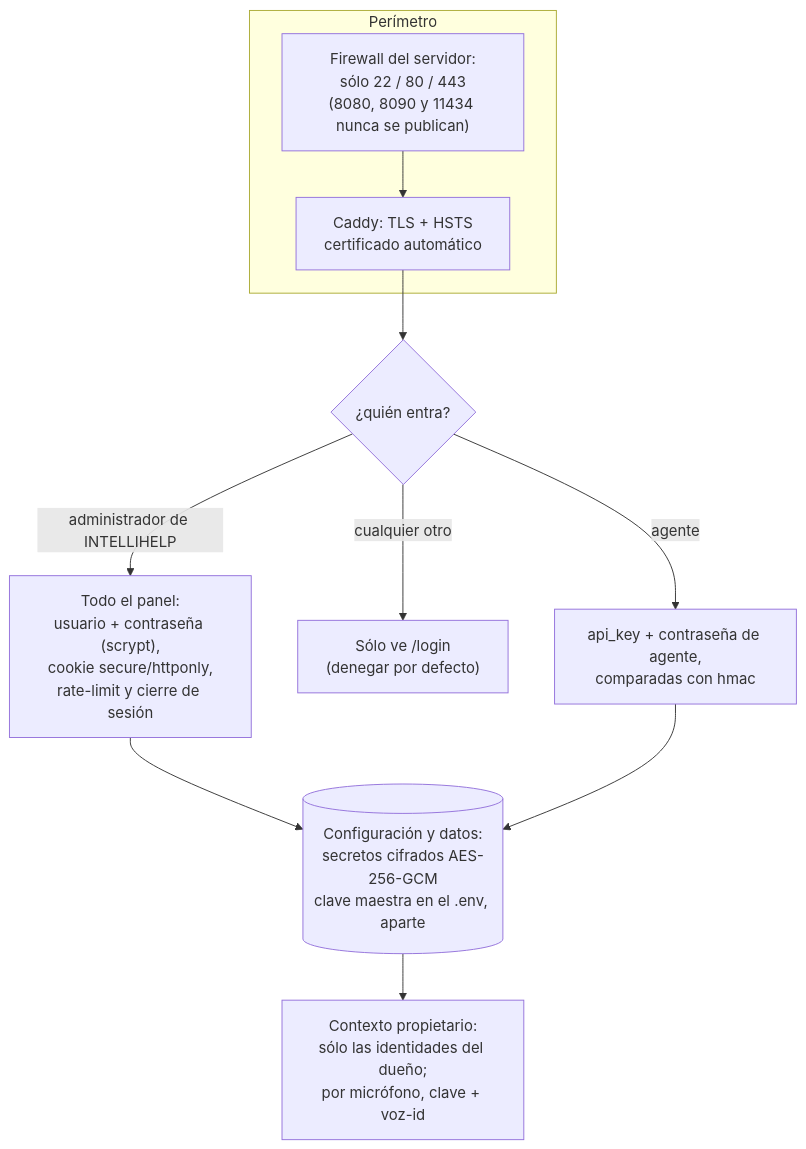
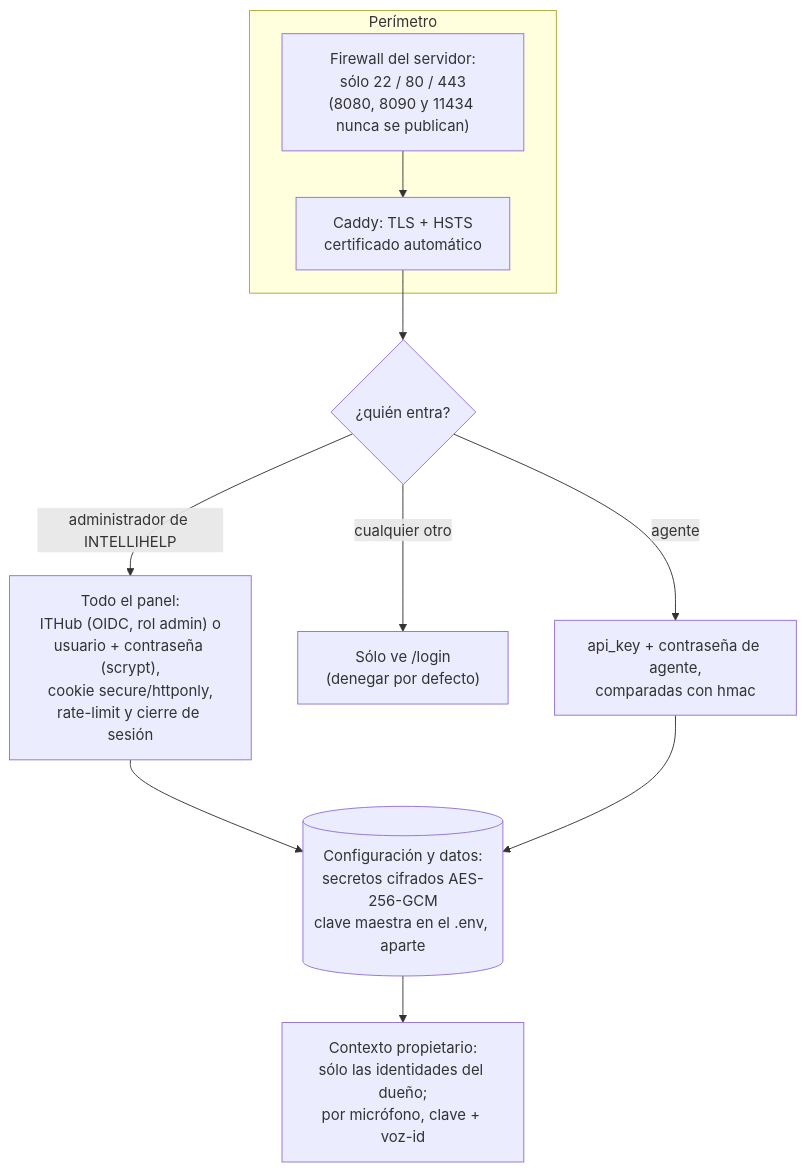
One commit to bsierra4262/ithos changed the diagram in SECURITY.md. Above: the diagram before and after it, drawn with Mermaid. The commit also changed other lines of this file and 12 other files, not shown here.

First line of the commit message:
ingreso con ITHub: sesion unica de Intellihelp en el panel del Gestor

````diff
--- a/SECURITY.md
+++ b/SECURITY.md
@@ -40,15 +46,15 @@
 ```mermaid
 flowchart TD
     subgraph Red["Perímetro"]
         FW["Firewall del servidor:<br/>sólo 22 / 80 / 443<br/>(8080, 8090 y 11434 nunca se publican)"]
         TLS["Caddy: TLS + HSTS<br/>certificado automático"]
         FW --> TLS
     end
     TLS --> Q{"¿quién entra?"}
-    Q -->|"administrador de INTELLIHELP"| AD["Todo el panel:<br/>usuario + contraseña (scrypt),<br/>cookie secure/httponly,<br/>rate-limit y cierre de sesión"]
+    Q -->|"administrador de INTELLIHELP"| AD["Todo el panel:<br/>ITHub (OIDC, rol admin) o<br/>usuario + contraseña (scrypt),<br/>cookie secure/httponly,<br/>rate-limit y cierre de sesión"]
     Q -->|"cualquier otro"| NO["Sólo ve /login<br/>(denegar por defecto)"]
     Q -->|"agente"| AG["api_key + contraseña de agente,<br/>comparadas con hmac"]
     AD --> DAT[("Configuración y datos:<br/>secretos cifrados AES-256-GCM<br/>clave maestra en el .env, aparte")]
     AG --> DAT
     DAT --> PR["Contexto propietario:<br/>sólo las identidades del dueño;<br/>por micrófono, clave + voz-id"]
 ```
````
